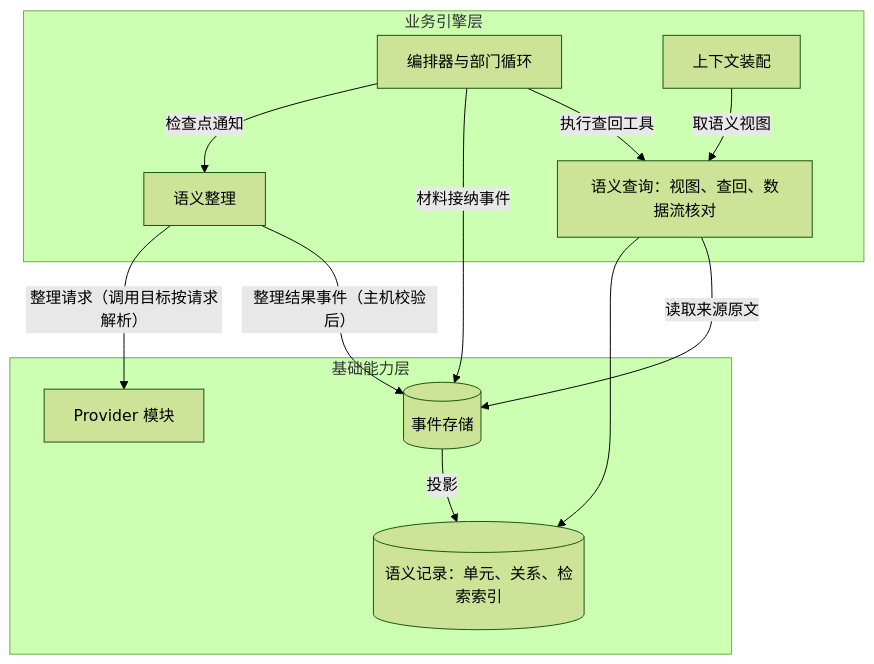
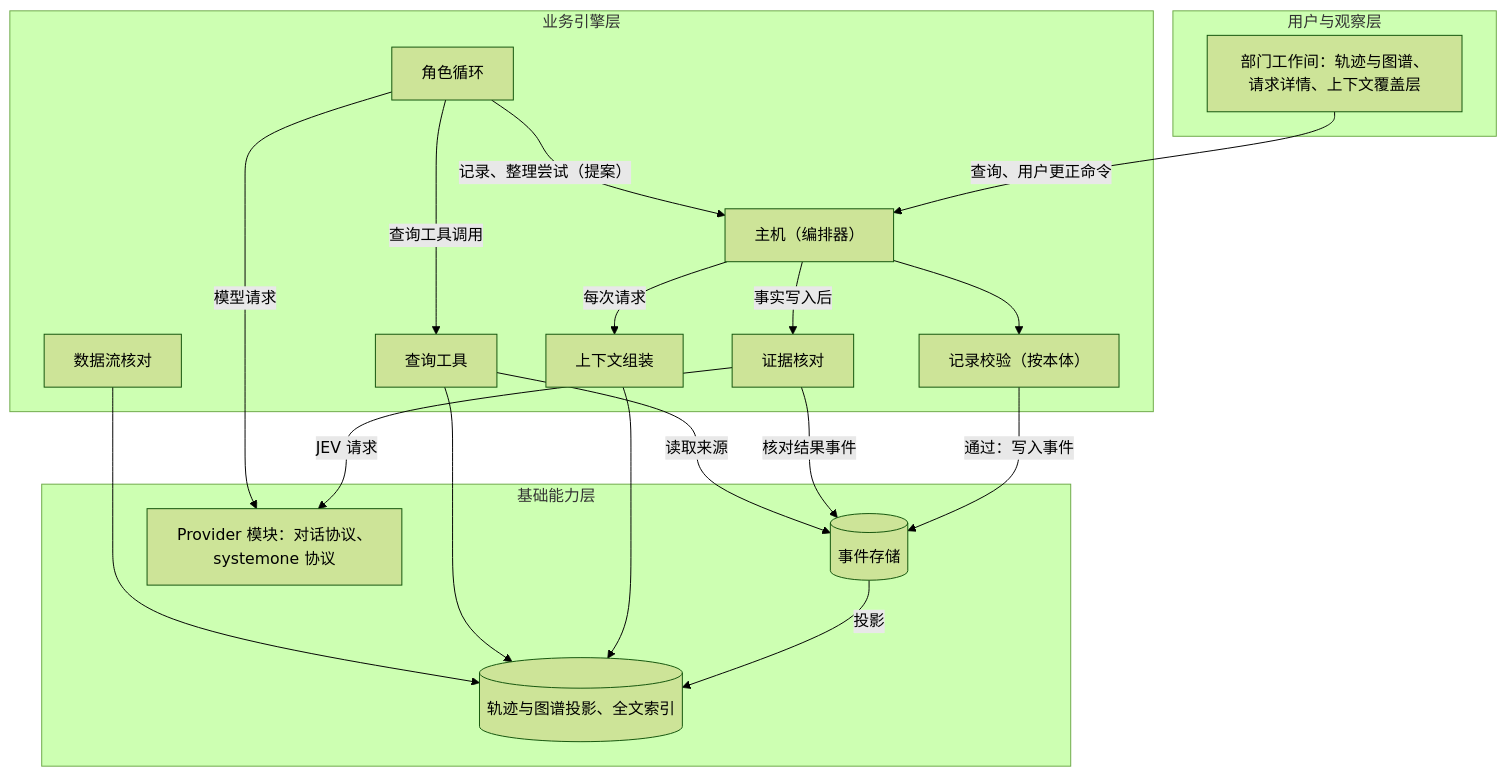
Before and after one commit to bender2333/yudao: the second of 5 diagrams in docs/design/semantic-system.md, drawn with Mermaid (forest theme). The commit also changed other lines of this file and 17 other files, not shown here.

Commit message:
docs: 语义系统设计说明按 D25 改写（整理与上下文组装），新增 ADR-0008、ADR-0009，同步受影响的设计、需求与路线图

````diff
--- a/docs/design/semantic-system.md
+++ b/docs/design/semantic-system.md
@@ -60,23 +82,35 @@
 ```mermaid
 flowchart TB
+  subgraph UI["用户与观察层"]
+    Room["部门工作间：轨迹与图谱、请求详情、上下文覆盖层"]
+  end
   subgraph Engine["业务引擎层"]
-    Orch["编排器与部门循环"]
-    Asm["上下文装配"]
-    Org["语义整理"]
-    Query["语义查询：视图、查回、数据流核对"]
+    Host["主机（编排器）"]
+    Check["记录校验（按本体）"]
+    Verify["证据核对"]
+    Asm["上下文组装"]
+    Query["查询工具"]
+    Flow["数据流核对"]
+    Loop["角色循环"]
   end
   subgraph Base["基础能力层"]
     ES[("事件存储")]
-    Rec[("语义记录：单元、关系、检索索引")]
-    PM["Provider 模块"]
+    Proj[("轨迹与图谱投影、全文索引")]
+    PM["Provider 模块：对话协议、systemone 协议"]
   end
-  Orch -->|"检查点通知"| Org
-  Org -->|"整理请求（调用目标按请求解析）"| PM
-  Org -->|"整理结果事件（主机校验后）"| ES
-  Orch -->|"材料接纳事件"| ES
-  ES -->|"投影"| Rec
-  Asm -->|"取语义视图"| Query
-  Orch -->|"执行查回工具"| Query
-  Query --> Rec
-  Query -->|"读取来源原文"| ES
+  Room -->|"查询、用户更正命令"| Host
+  Loop -->|"记录、整理尝试（提案）"| Host
+  Host --> Check
+  Check -->|"通过：写入事件"| ES
+  Host -->|"事实写入后"| Verify
+  Verify -->|"JEV 请求"| PM
+  Verify -->|"核对结果事件"| ES
+  ES -->|"投影"| Proj
+  Host -->|"每次请求"| Asm
+  Asm --> Proj
+  Loop -->|"查询工具调用"| Query
+  Query --> Proj
+  Query -->|"读取来源"| ES
+  Flow --> Proj
+  Loop -->|"模型请求"| PM
 ```
````
